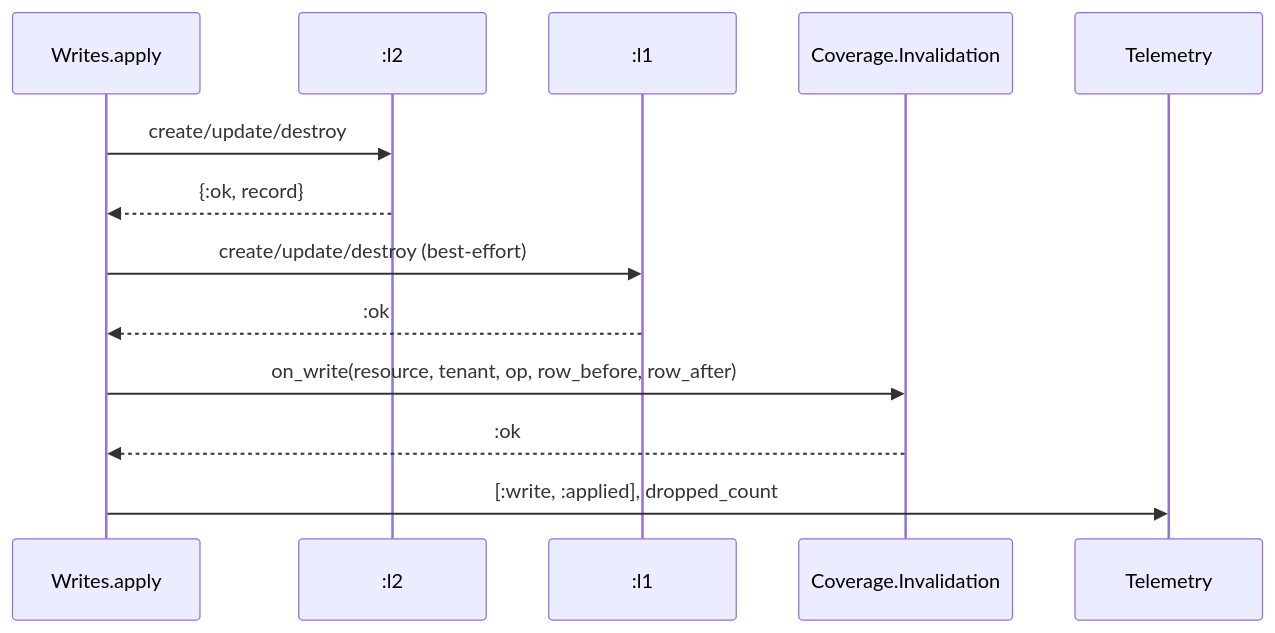
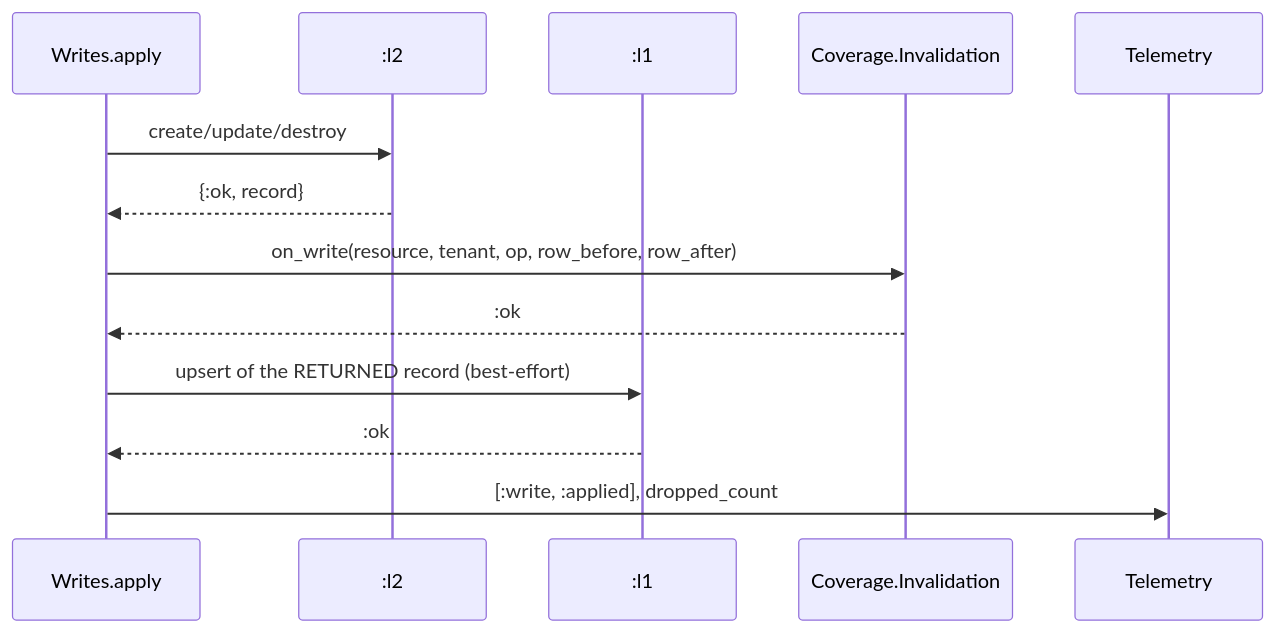
The sixth of 6 diagrams in docs/technical/ash-multi-datalayer.md (barnabasJ/ash_multi_datalayer), drawn with Mermaid before and after one commit. The commit also changed other lines of this file and 13 other files, not shown here.

````diff
--- a/docs/technical/ash-multi-datalayer.md
+++ b/docs/technical/ash-multi-datalayer.md
@@ -397,16 +483,16 @@
 ```mermaid
 sequenceDiagram
   participant MDL as Writes.apply
   participant L2 as :l2
   participant L1 as :l1
   participant Inv as Coverage.Invalidation
   participant Tel as Telemetry
 
   MDL->>L2: create/update/destroy
   L2-->>MDL: {:ok, record}
-  MDL->>L1: create/update/destroy (best-effort)
-  L1-->>MDL: :ok
   MDL->>Inv: on_write(resource, tenant, op, row_before, row_after)
   Inv-->>MDL: :ok
+  MDL->>L1: upsert of the RETURNED record (best-effort)
+  L1-->>MDL: :ok
   MDL->>Tel: [:write, :applied], dropped_count
 ```
````
